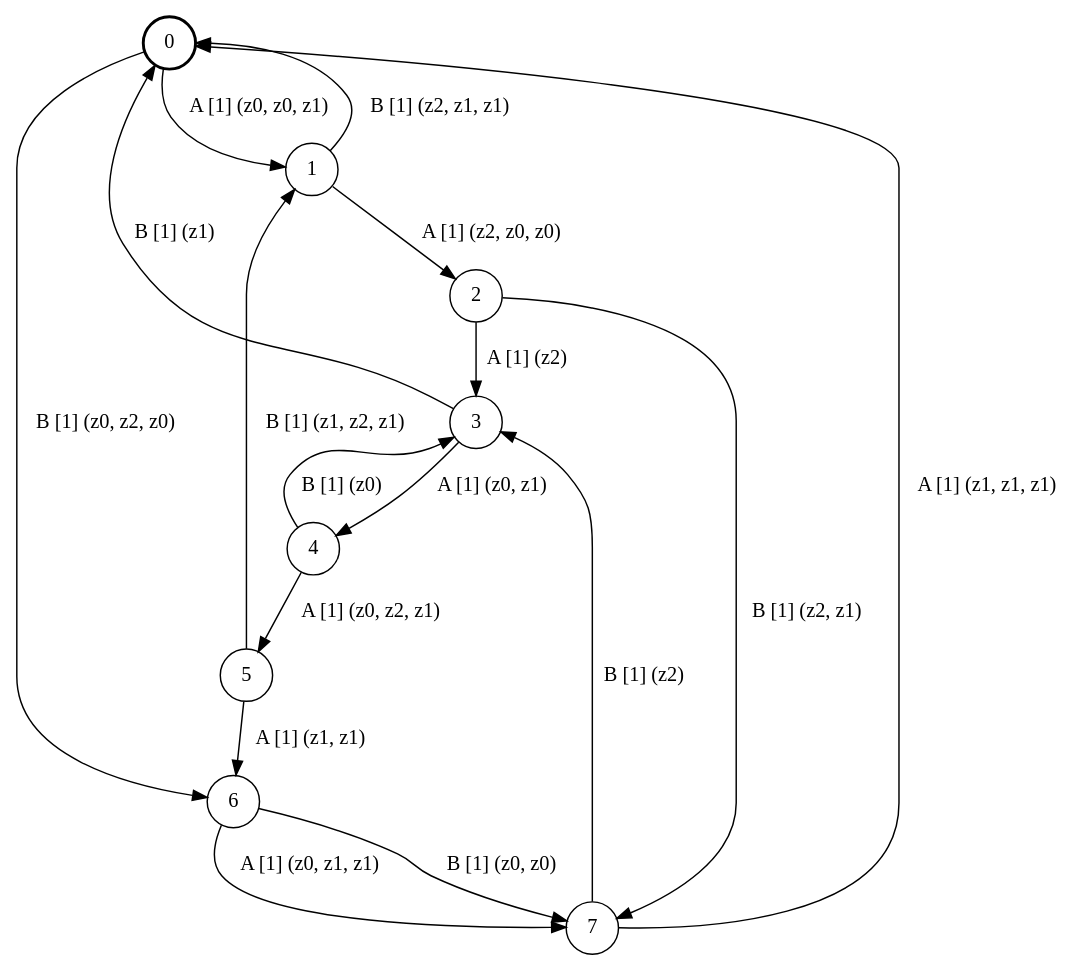
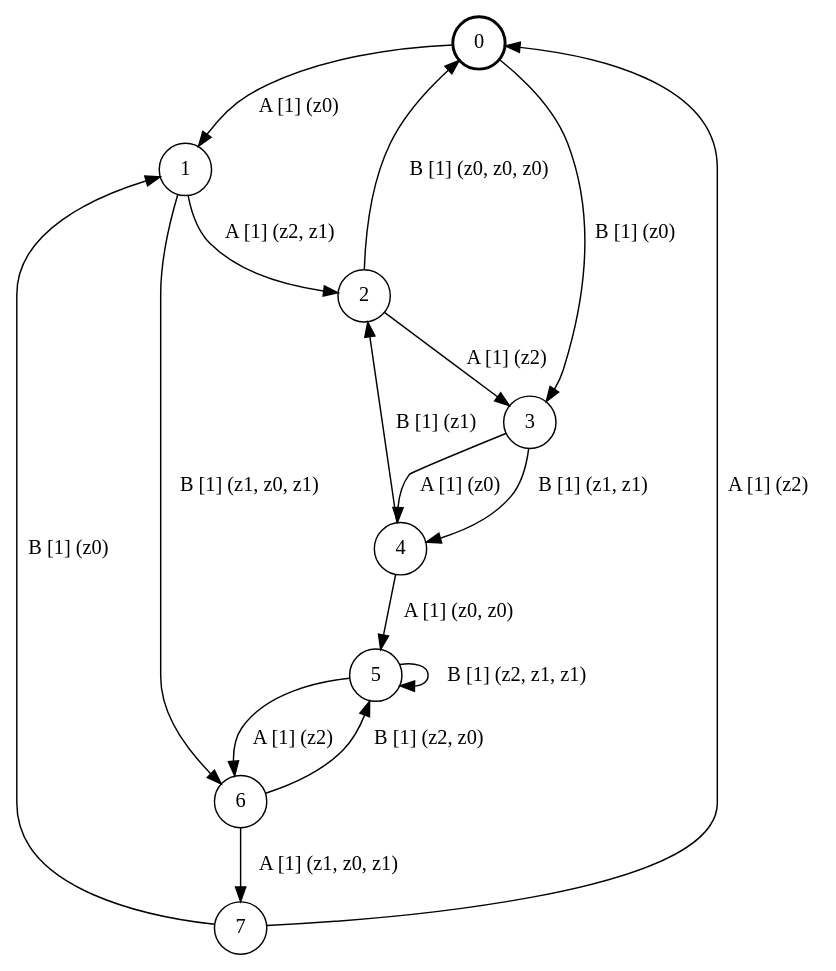
Before and after one commit to ulyantsev/EFSM-tools: the diagram in qbf/testing/fsm_8s2e3a.dot, drawn with Graphviz. The commit also changed 3063 other files, not shown here.

```diff
--- a/qbf/testing/fsm_8s2e3a.dot
+++ b/qbf/testing/fsm_8s2e3a.dot
@@ -1,22 +1,22 @@
 # generated file, don't try to modify
 # command: dot -Tpng <filename> > tree.png
 digraph Automaton {
     node [shape = circle];
     0 [style = "bold"];
-    0 -> 1 [label = "A [1] (z0, z0, z1) "];
-    0 -> 6 [label = "B [1] (z0, z2, z0) "];
-    1 -> 2 [label = "A [1] (z2, z0, z0) "];
-    1 -> 0 [label = "B [1] (z2, z1, z1) "];
+    0 -> 1 [label = "A [1] (z0) "];
+    0 -> 3 [label = "B [1] (z0) "];
+    1 -> 2 [label = "A [1] (z2, z1) "];
+    1 -> 6 [label = "B [1] (z1, z0, z1) "];
     2 -> 3 [label = "A [1] (z2) "];
-    2 -> 7 [label = "B [1] (z2, z1) "];
-    3 -> 4 [label = "A [1] (z0, z1) "];
-    3 -> 0 [label = "B [1] (z1) "];
-    4 -> 5 [label = "A [1] (z0, z2, z1) "];
-    4 -> 3 [label = "B [1] (z0) "];
-    5 -> 6 [label = "A [1] (z1, z1) "];
-    5 -> 1 [label = "B [1] (z1, z2, z1) "];
-    6 -> 7 [label = "A [1] (z0, z1, z1) "];
-    6 -> 7 [label = "B [1] (z0, z0) "];
-    7 -> 0 [label = "A [1] (z1, z1, z1) "];
-    7 -> 3 [label = "B [1] (z2) "];
+    2 -> 0 [label = "B [1] (z0, z0, z0) "];
+    3 -> 4 [label = "A [1] (z0) "];
+    3 -> 4 [label = "B [1] (z1, z1) "];
+    4 -> 5 [label = "A [1] (z0, z0) "];
+    4 -> 2 [label = "B [1] (z1) "];
+    5 -> 6 [label = "A [1] (z2) "];
+    5 -> 5 [label = "B [1] (z2, z1, z1) "];
+    6 -> 7 [label = "A [1] (z1, z0, z1) "];
+    6 -> 5 [label = "B [1] (z2, z0) "];
+    7 -> 0 [label = "A [1] (z2) "];
+    7 -> 1 [label = "B [1] (z0) "];
 }
```
